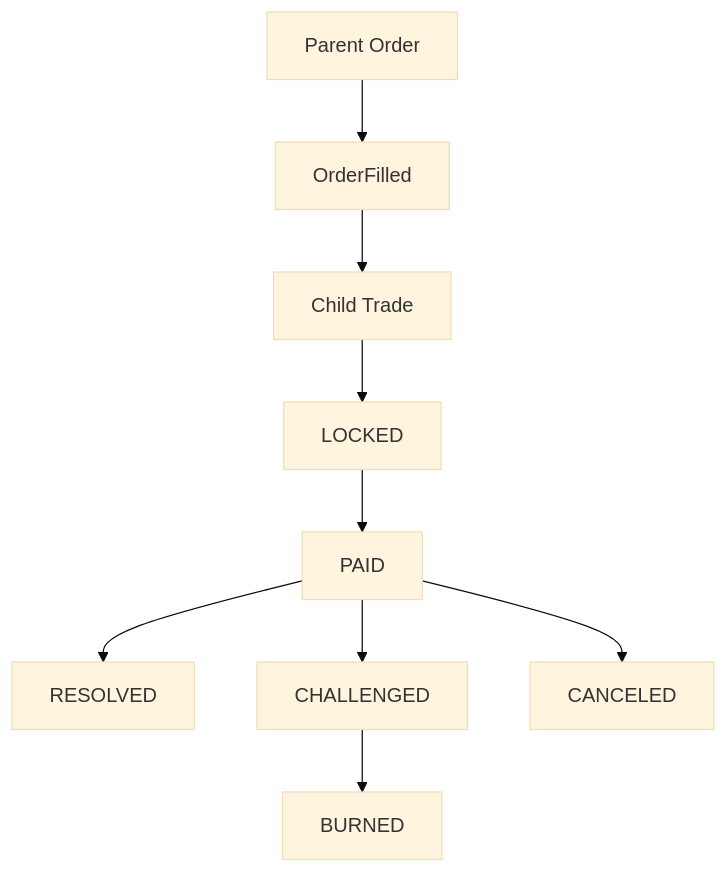
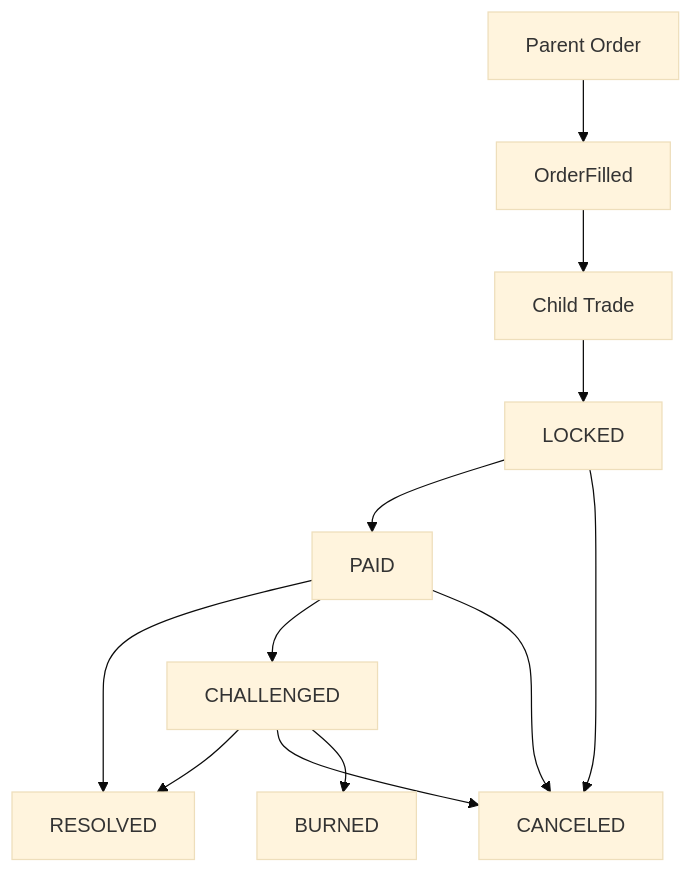
The first of 14 diagrams in docs/TR/ARCHITECTURE.md (MyDemir/Araf-Protocol), drawn with Mermaid (base theme) before and after one commit. The commit also changed other lines of this file and 1 other file, not shown here.

First line of the commit message:
docs(architecture): kontrat bölümleri koddan yeniden hizalandı (TR/EN)

````diff
--- a/docs/TR/ARCHITECTURE.md
+++ b/docs/TR/ARCHITECTURE.md
@@ -52,11 +52,14 @@
 ```mermaid
 flowchart TD
     A[Parent Order] --> B[OrderFilled]
     B --> C[Child Trade]
     C --> D[LOCKED]
     D --> E[PAID]
     E --> F[RESOLVED]
     E --> G[CHALLENGED]
-    E --> H[CANCELED]
+    D --> H[CANCELED]
+    E --> H
+    G --> F
+    G --> H
     G --> I[BURNED]
 ```
````
